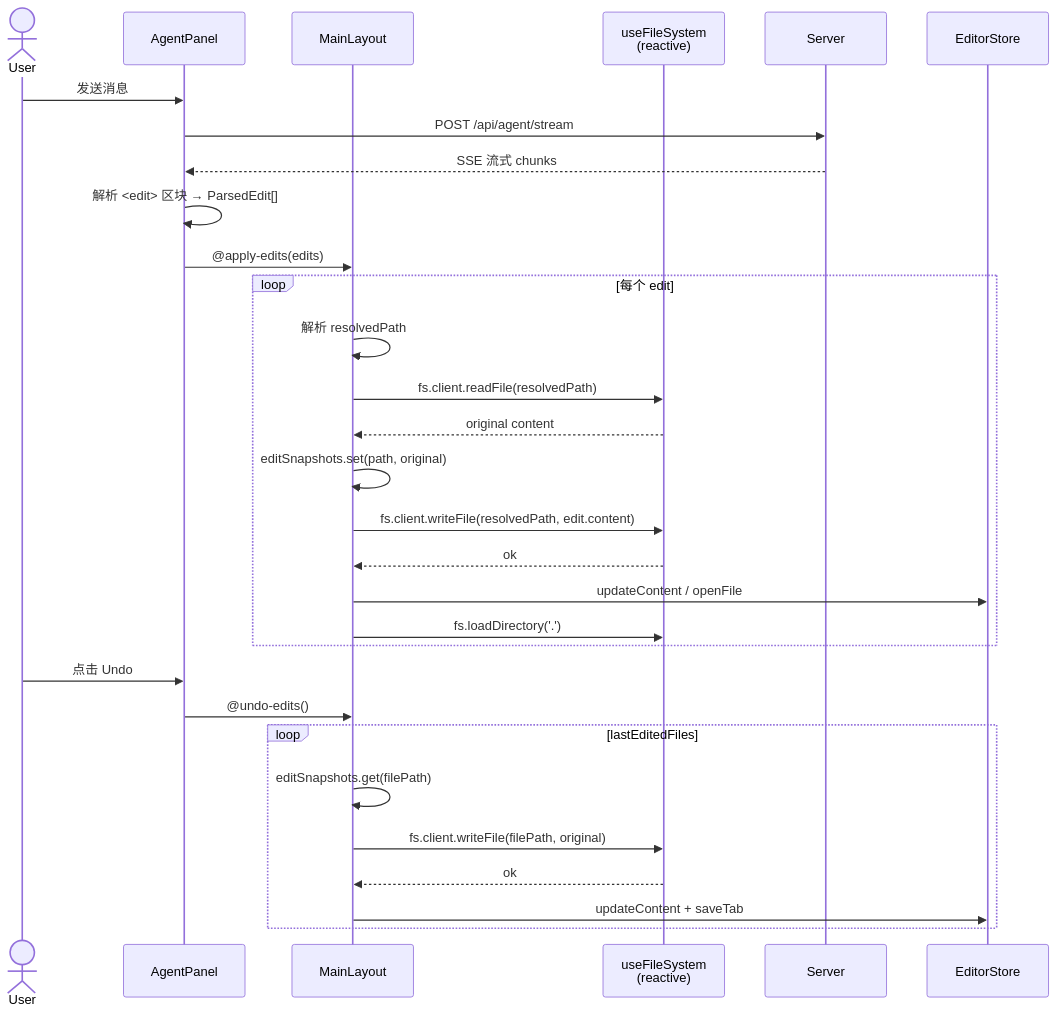
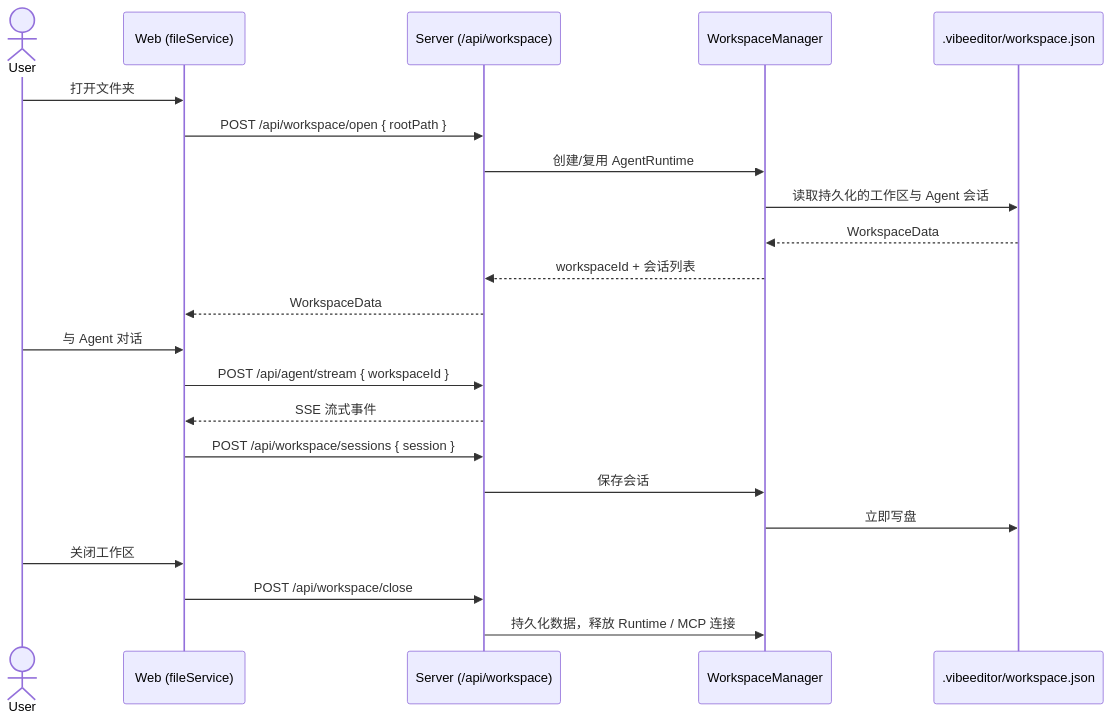
One commit to LSF1106/VibeEditor changed the fifth of 5 diagrams in README.md. Above: the diagram before and after it, drawn with Mermaid. The commit also changed other lines of this file and 9 other files, not shown here.

````diff
--- a/README.md
+++ b/README.md
@@ -201,36 +245,27 @@
 ```mermaid
 sequenceDiagram
     actor User
-    participant AgentPanel
-    participant MainLayout
-    participant useFileSystem as useFileSystem<br/>(reactive)
-    participant Server
-    participant EditorStore
+    participant Web as Web (fileService)
+    participant Server as Server (/api/workspace)
+    participant WM as WorkspaceManager
+    participant Disk as .vibeeditor/workspace.json
 
-    User->>AgentPanel: 发送消息
-    AgentPanel->>Server: POST /api/agent/stream
-    Server-->>AgentPanel: SSE 流式 chunks
-    AgentPanel->>AgentPanel: 解析 <edit> 区块 → ParsedEdit[]
-    AgentPanel->>MainLayout: @apply-edits(edits)
+    User->>Web: 打开文件夹
+    Web->>Server: POST /api/workspace/open { rootPath }
+    Server->>WM: 创建/复用 AgentRuntime
+    WM->>Disk: 读取持久化的工作区与 Agent 会话
+    Disk-->>WM: WorkspaceData
+    WM-->>Server: workspaceId + 会话列表
+    Server-->>Web: WorkspaceData
 
-    loop 每个 edit
-        MainLayout->>MainLayout: 解析 resolvedPath
-        MainLayout->>useFileSystem: fs.client.readFile(resolvedPath)
-        useFileSystem-->>MainLayout: original content
-        MainLayout->>MainLayout: editSnapshots.set(path, original)
-        MainLayout->>useFileSystem: fs.client.writeFile(resolvedPath, edit.content)
-        useFileSystem-->>MainLayout: ok
-        MainLayout->>EditorStore: updateContent / openFile
-        MainLayout->>useFileSystem: fs.loadDirectory('.')
-    end
+    User->>Web: 与 Agent 对话
+    Web->>Server: POST /api/agent/stream { workspaceId }
+    Server-->>Web: SSE 流式事件
+    Web->>Server: POST /api/workspace/sessions { session }
+    Server->>WM: 保存会话
+    WM->>Disk: 立即写盘
 
-    User->>AgentPanel: 点击 Undo
-    AgentPanel->>MainLayout: @undo-edits()
-
-    loop lastEditedFiles
-        MainLayout->>MainLayout: editSnapshots.get(filePath)
-        MainLayout->>useFileSystem: fs.client.writeFile(filePath, original)
-        useFileSystem-->>MainLayout: ok
-        MainLayout->>EditorStore: updateContent + saveTab
-    end
+    User->>Web: 关闭工作区
+    Web->>Server: POST /api/workspace/close
+    Server->>WM: 持久化数据，释放 Runtime / MCP 连接
 ```
````
